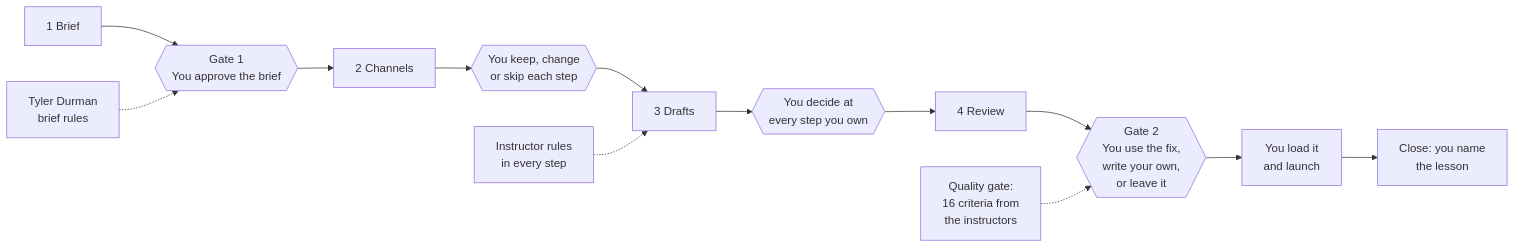
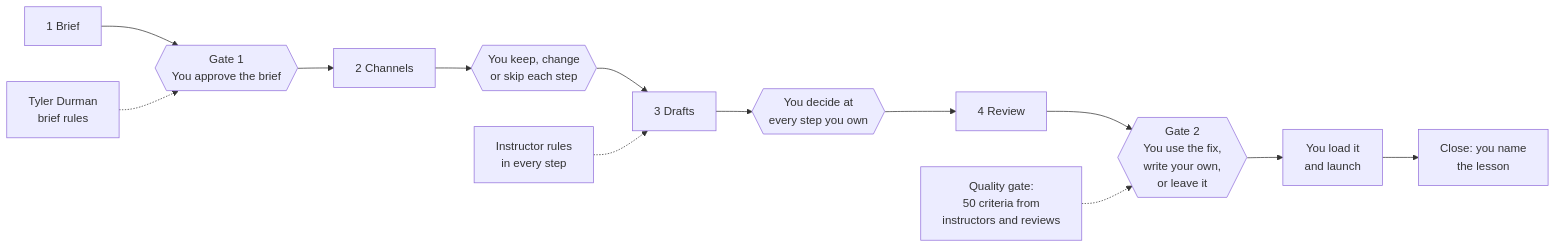
One commit to conversionxl/cxl-campaign-engine changed the diagram in frameworks/human-checks.md. Above: the diagram before and after it, drawn with Mermaid. The commit also changed other lines of this file and 25 other files, not shown here.

````diff
--- a/frameworks/human-checks.md
+++ b/frameworks/human-checks.md
@@ -11,11 +11,11 @@
 ```mermaid
 flowchart LR
   B["1 Brief"] --> G1{{"Gate 1<br/>You approve the brief"}}
   G1 --> C["2 Channels"] --> CY{{"You keep, change<br/>or skip each step"}}
   CY --> D["3 Drafts"] --> DY{{"You decide at<br/>every step you own"}}
   DY --> R["4 Review"] --> G2{{"Gate 2<br/>You use the fix,<br/>write your own,<br/>or leave it"}}
   G2 --> L["You load it<br/>and launch"] --> X["Close: you name<br/>the lesson"]
   I1["Tyler Durman<br/>brief rules"] -.-> G1
   I2["Instructor rules<br/>in every step"] -.-> D
-  I3["Quality gate:<br/>16 criteria from<br/>the instructors"] -.-> G2
+  I3["Quality gate:<br/>50 criteria from<br/>instructors and reviews"] -.-> G2
 ```
````
